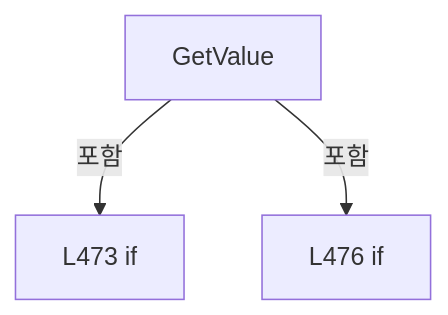
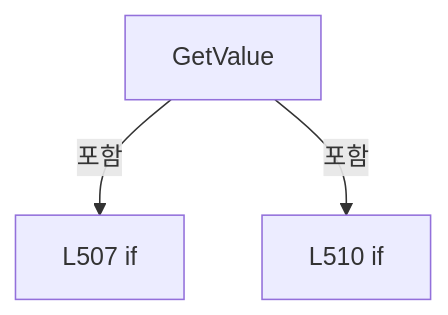
Before and after one commit to kjuws10-rgb/Shared: diagram 13 of 17 in A3 LD Code Ref/files/Drilling.File/JHMI/CSettingFile.cs.md, drawn with Mermaid. The commit also changed other lines of this file and 1984 other files, not shown here.

Commit message:
docs(a3): update 11.17.0 architecture and complete code reference

````diff
--- a/A3 LD Code Ref/files/Drilling.File/JHMI/CSettingFile.cs.md
+++ b/A3 LD Code Ref/files/Drilling.File/JHMI/CSettingFile.cs.md
@@ -2188,8 +2257,8 @@
 ```mermaid
 flowchart TD
  M["GetValue"]
- N0["L473 if"]
+ N0["L507 if"]
  M -->|포함| N0
- N1["L476 if"]
+ N1["L510 if"]
  M -->|포함| N1
 ```
````
